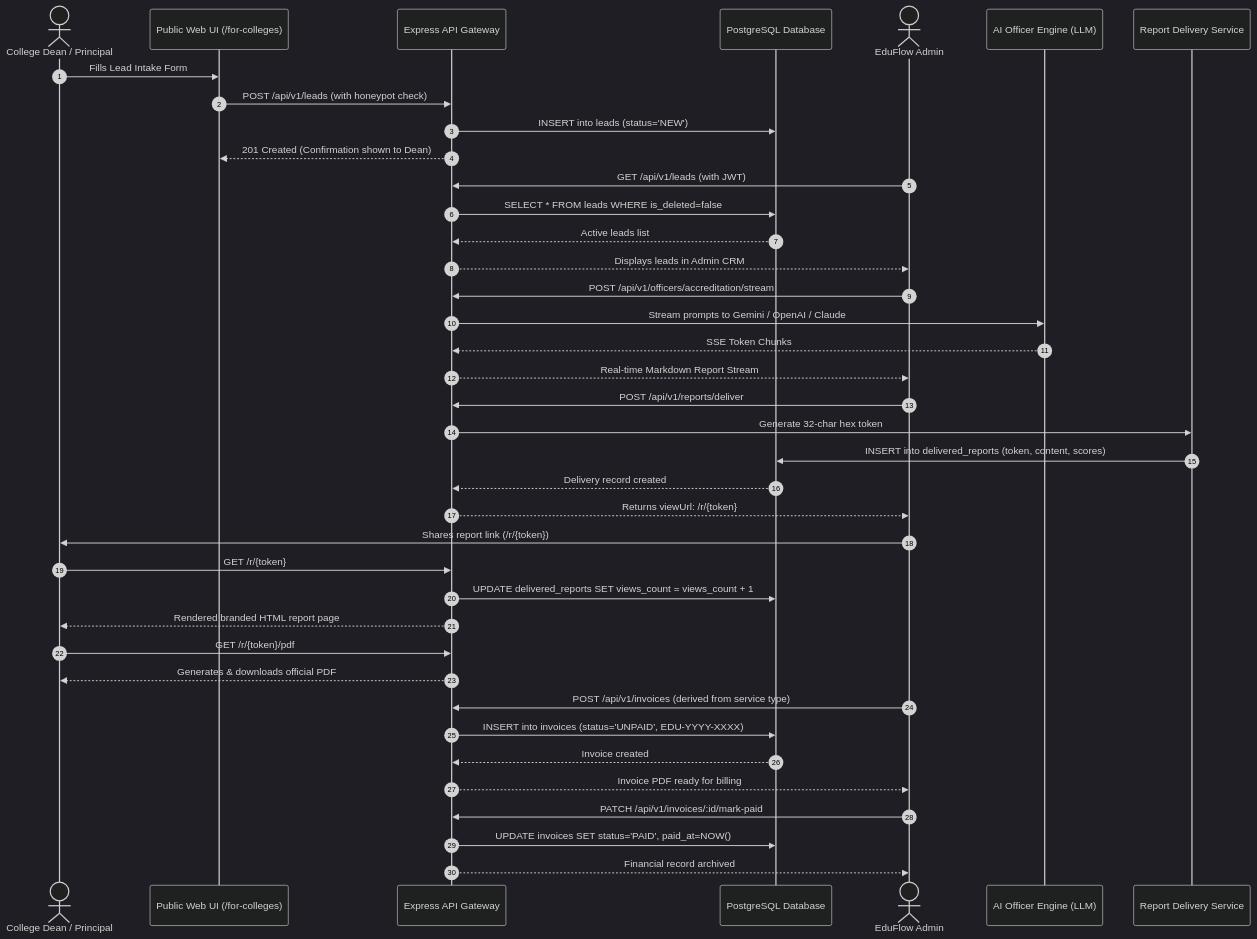
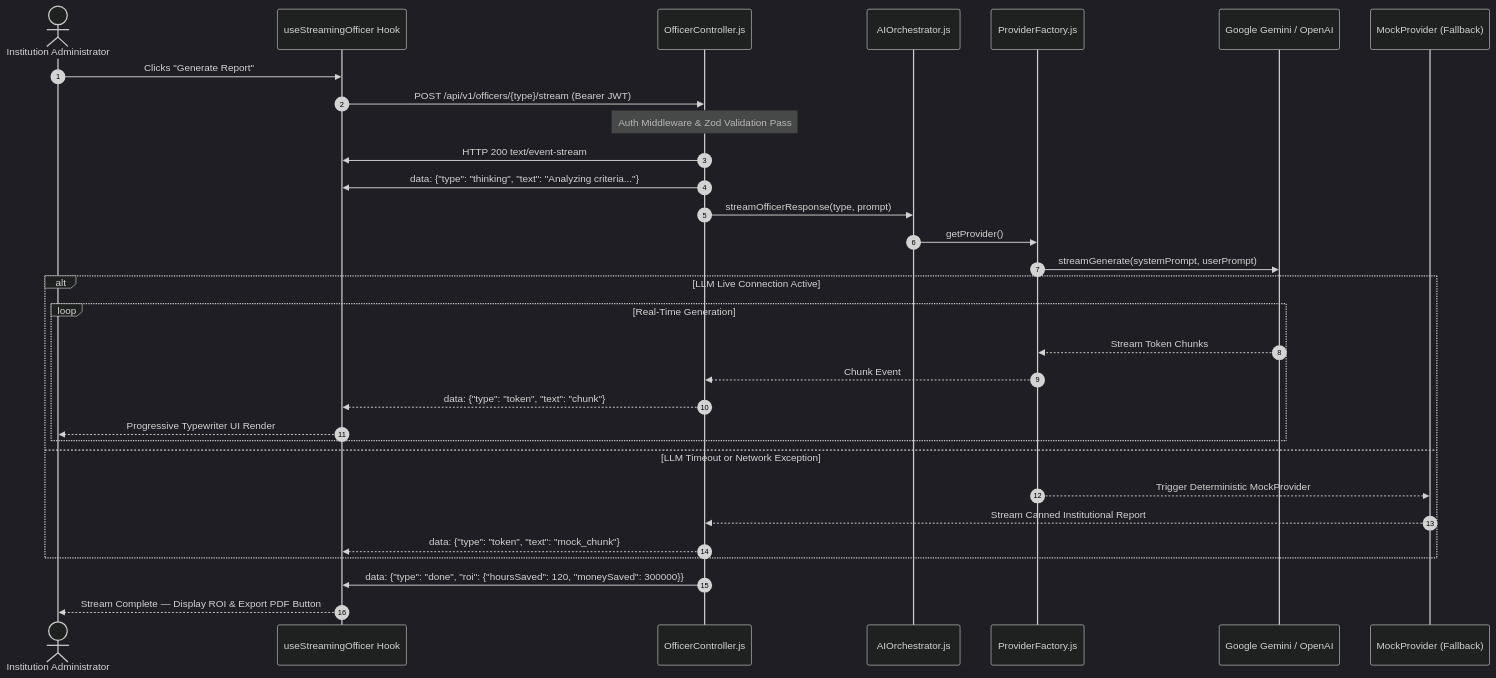
The second of 4 diagrams in docs/WORKFLOW.md (Shaik-Abdul-Sammed/EduFLowAI), drawn with Mermaid (dark theme) before and after one commit. The commit also changed other lines of this file and 10 other files, not shown here.

````diff
--- a/docs/WORKFLOW.md
+++ b/docs/WORKFLOW.md
@@ -66,49 +52,36 @@
 ```mermaid
 sequenceDiagram
     autonumber
-    actor Dean as College Dean / Principal
-    participant PubUI as Public Web UI (/for-colleges)
-    participant API as Express API Gateway
-    participant DB as PostgreSQL Database
-    actor Admin as EduFlow Admin
-    participant AI as AI Officer Engine (LLM)
-    participant Rpt as Report Delivery Service
+    actor Admin as Institution Administrator
+    participant ReactHook as useStreamingOfficer Hook
+    participant Controller as OfficerController.js
+    participant Orchestrator as AIOrchestrator.js
+    participant Factory as ProviderFactory.js
+    participant LLM as Google Gemini / OpenAI
+    participant Mock as MockProvider (Fallback)
 
-    Dean->>PubUI: Fills Lead Intake Form
-    PubUI->>API: POST /api/v1/leads (with honeypot check)
-    API->>DB: INSERT into leads (status='NEW')
-    API-->>PubUI: 201 Created (Confirmation shown to Dean)
+    Admin->>ReactHook: Clicks "Generate Report"
+    ReactHook->>Controller: POST /api/v1/officers/{type}/stream (Bearer JWT)
+    Note over Controller: Auth Middleware & Zod Validation Pass
+    Controller->>ReactHook: HTTP 200 text/event-stream
+    Controller->>ReactHook: data: {"type": "thinking", "text": "Analyzing criteria..."}
+    Controller->>Orchestrator: streamOfficerResponse(type, prompt)
+    Orchestrator->>Factory: getProvider()
+    Factory->>LLM: streamGenerate(systemPrompt, userPrompt)
+    
+    alt LLM Live Connection Active
+        loop Real-Time Generation
+            LLM-->>Factory: Stream Token Chunks
+            Factory-->>Controller: Chunk Event
+            Controller-->>ReactHook: data: {"type": "token", "text": "chunk"}
+            ReactHook-->>Admin: Progressive Typewriter UI Render
+        end
+    else LLM Timeout or Network Exception
+        Factory-->>Mock: Trigger Deterministic MockProvider
+        Mock-->>Controller: Stream Canned Institutional Report
+        Controller-->>ReactHook: data: {"type": "token", "text": "mock_chunk"}
+    end
 
-    Admin->>API: GET /api/v1/leads (with JWT)
-    API->>DB: SELECT * FROM leads WHERE is_deleted=false
-    DB-->>API: Active leads list
-    API-->>Admin: Displays leads in Admin CRM
-
-    Admin->>API: POST /api/v1/officers/accreditation/stream
-    API->>AI: Stream prompts to Gemini / OpenAI / Claude
-    AI-->>API: SSE Token Chunks
-    API-->>Admin: Real-time Markdown Report Stream
-
-    Admin->>API: POST /api/v1/reports/deliver
-    API->>Rpt: Generate 32-char hex token
-    Rpt->>DB: INSERT into delivered_reports (token, content, scores)
-    DB-->>API: Delivery record created
-    API-->>Admin: Returns viewUrl: /r/{token}
-
-    Admin->>Dean: Shares report link (/r/{token})
-    Dean->>API: GET /r/{token}
-    API->>DB: UPDATE delivered_reports SET views_count = views_count + 1
-    API-->>Dean: Rendered branded HTML report page
-
-    Dean->>API: GET /r/{token}/pdf
-    API-->>Dean: Generates & downloads official PDF
-
-    Admin->>API: POST /api/v1/invoices (derived from service type)
-    API->>DB: INSERT into invoices (status='UNPAID', EDU-YYYY-XXXX)
-    DB-->>API: Invoice created
-    API-->>Admin: Invoice PDF ready for billing
-
-    Admin->>API: PATCH /api/v1/invoices/:id/mark-paid
-    API->>DB: UPDATE invoices SET status='PAID', paid_at=NOW()
-    API-->>Admin: Financial record archived
+    Controller->>ReactHook: data: {"type": "done", "roi": {"hoursSaved": 120, "moneySaved": 300000}}
+    ReactHook-->>Admin: Stream Complete — Display ROI & Export PDF Button
 ```
````
